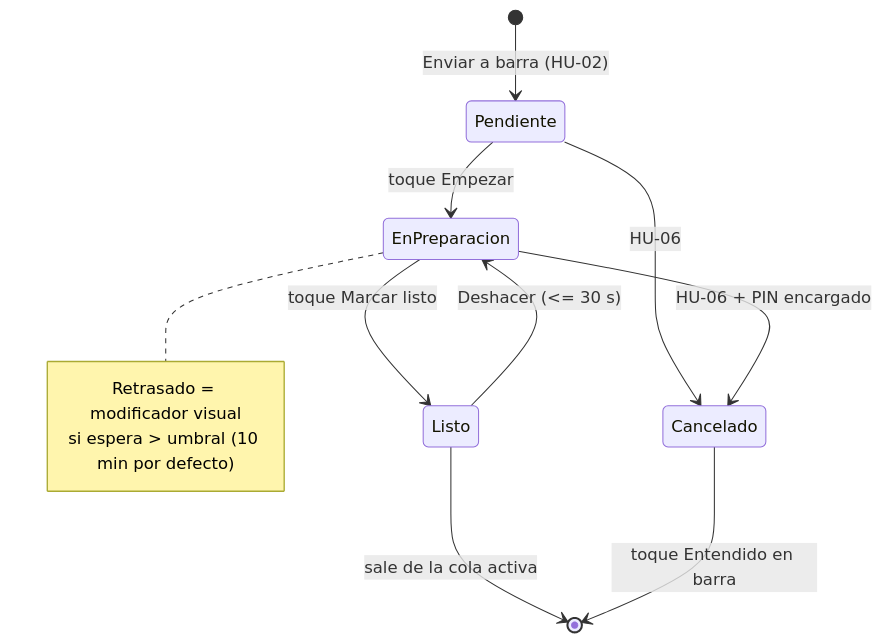
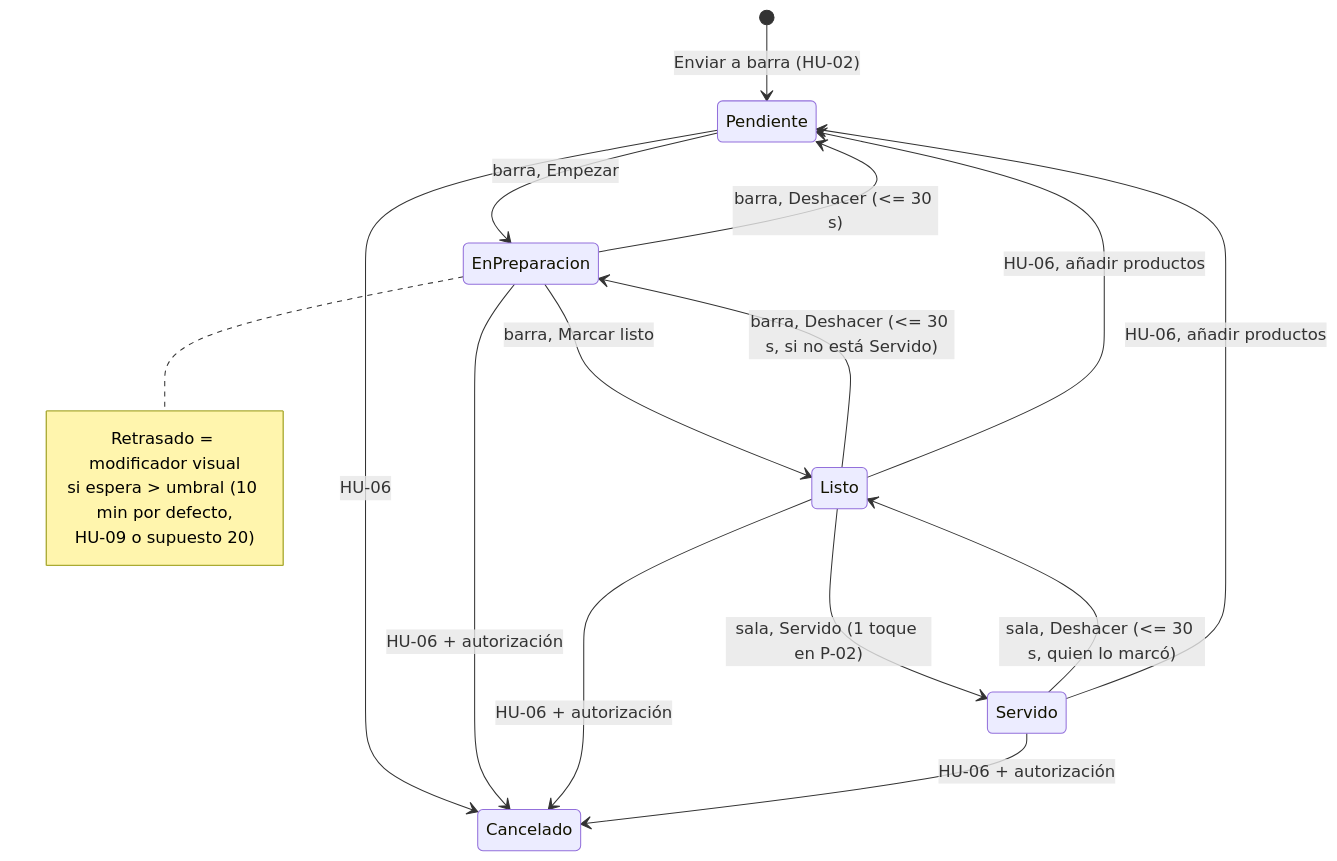
The fifth of 7 diagrams in docs/ux/flujos.md (Pablo592/testing-ia), drawn with Mermaid before and after one commit. The commit also changed other lines of this file and 8 other files, not shown here.

````diff
--- a/docs/ux/flujos.md
+++ b/docs/ux/flujos.md
@@ -139,15 +145,21 @@
 ```mermaid
 stateDiagram-v2
   [*] --> Pendiente: Enviar a barra (HU-02)
-  Pendiente --> EnPreparacion: toque Empezar
-  EnPreparacion --> Listo: toque Marcar listo
-  Listo --> EnPreparacion: Deshacer (<= 30 s)
-  Listo --> [*]: sale de la cola activa
+  Pendiente --> EnPreparacion: barra, Empezar
+  EnPreparacion --> Pendiente: barra, Deshacer (<= 30 s)
+  EnPreparacion --> Listo: barra, Marcar listo
+  Listo --> EnPreparacion: barra, Deshacer (<= 30 s, si no está Servido)
+  Listo --> Servido: sala, Servido (1 toque en P-02)
+  Servido --> Listo: sala, Deshacer (<= 30 s, quien lo marcó)
+  Listo --> Pendiente: HU-06, añadir productos
+  Servido --> Pendiente: HU-06, añadir productos
   Pendiente --> Cancelado: HU-06
-  EnPreparacion --> Cancelado: HU-06 + PIN encargado
-  Cancelado --> [*]: toque Entendido en barra
+  EnPreparacion --> Cancelado: HU-06 + autorización
+  Listo --> Cancelado: HU-06 + autorización
+  Servido --> Cancelado: HU-06 + autorización
   note right of EnPreparacion
     Retrasado = modificador visual
-    si espera > umbral (10 min por defecto)
+    si espera > umbral (10 min por defecto,
+    HU-09 o supuesto 20)
   end note
 ```
````
